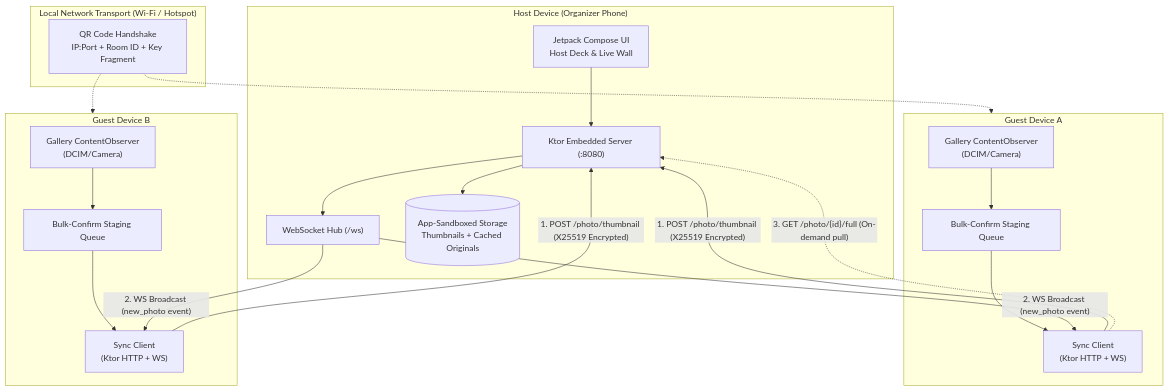
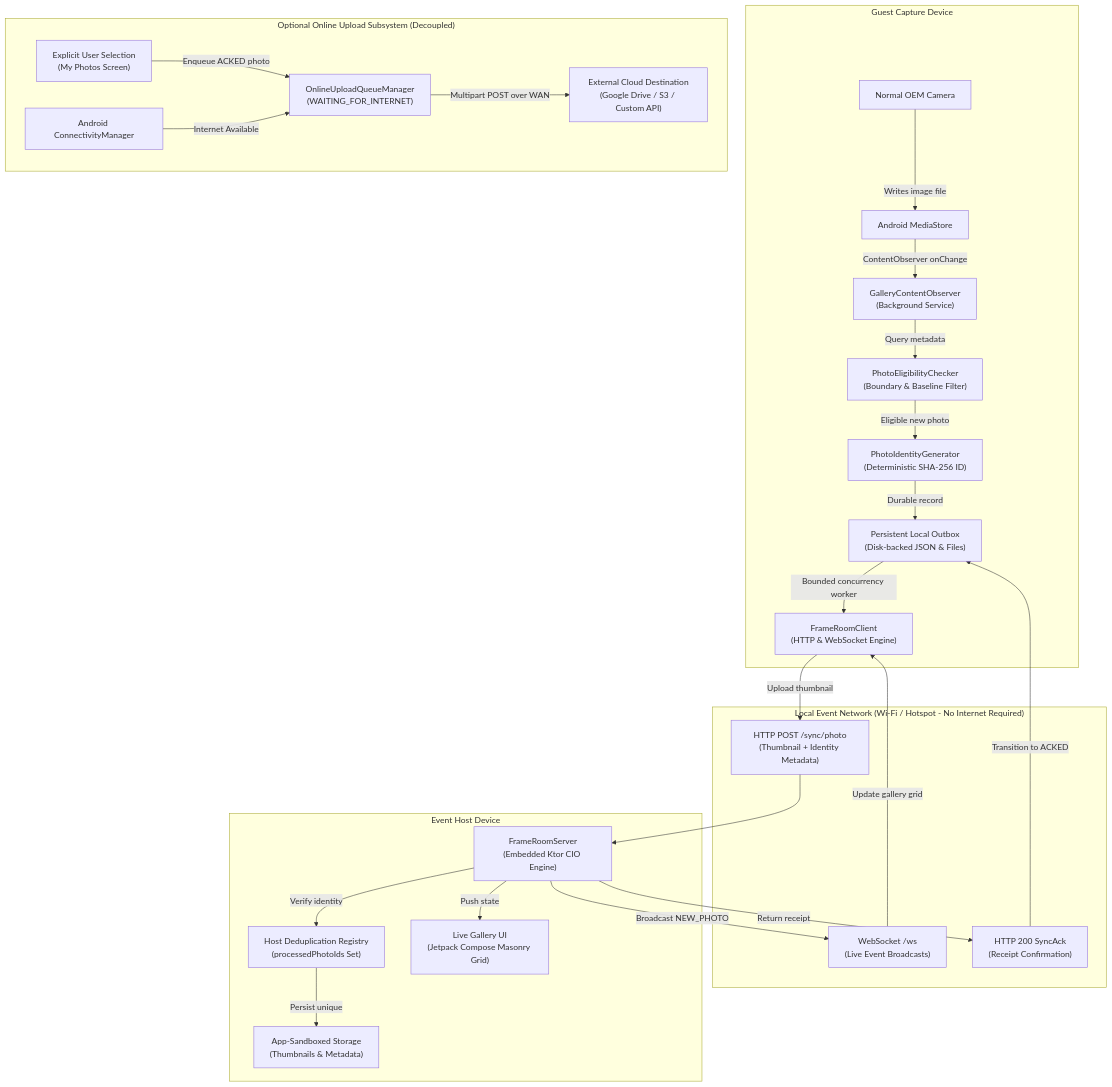
One commit to gintama1018/SANGAM changed the first of 6 diagrams in README.md. Above: the diagram before and after it, drawn with Mermaid. The commit also changed other lines of this file, not shown here.

Commit message:
docs: update README.md with production-grade technical specification and architecture diagrams

````diff
--- a/README.md
+++ b/README.md
@@ -77,38 +123,54 @@
 ```mermaid
-graph TD
-    subgraph HostDevice ["Host Device (Organizer Phone)"]
-        HS["Ktor Embedded Server (:8080)"]
-        HWS["WebSocket Hub (/ws)"]
-        HDB[("App-Sandboxed Storage<br/>Thumbnails + Cached Originals")]
-        HUI["Jetpack Compose UI<br/>Host Deck & Live Wall"]
-        HS --> HDB
-        HS --> HWS
-        HUI --> HS
+flowchart TD
+    subgraph CaptureDevice ["Guest Capture Device"]
+        Camera["Normal OEM Camera"]
+        MediaStore["Android MediaStore"]
+        Observer["GalleryContentObserver<br/>(Background Service)"]
+        Boundary["PhotoEligibilityChecker<br/>(Boundary & Baseline Filter)"]
+        Identity["PhotoIdentityGenerator<br/>(Deterministic SHA-256 ID)"]
+        Outbox["Persistent Local Outbox<br/>(Disk-backed JSON & Files)"]
+        KtorClient["FrameRoomClient<br/>(HTTP & WebSocket Engine)"]
+
+        Camera -->|Writes image file| MediaStore
+        MediaStore -->|ContentObserver onChange| Observer
+        Observer -->|Query metadata| Boundary
+        Boundary -->|Eligible new photo| Identity
+        Identity -->|Durable record| Outbox
+        Outbox -->|Bounded concurrency worker| KtorClient
     end
 
-    subgraph GuestA ["Guest Device A"]
-        GWA["Gallery ContentObserver<br/>(DCIM/Camera)"]
-        BCA["Bulk-Confirm Staging Queue"]
-        CCA["Sync Client<br/>(Ktor HTTP + WS)"]
-        GWA --> BCA --> CCA
+    subgraph LocalTransport ["Local Event Network (Wi-Fi / Hotspot - No Internet Required)"]
+        LAN_POST["HTTP POST /sync/photo<br/>(Thumbnail + Identity Metadata)"]
+        LAN_WS["WebSocket /ws<br/>(Live Event Broadcasts)"]
+        LAN_ACK["HTTP 200 SyncAck<br/>(Receipt Confirmation)"]
     end
 
-    subgraph GuestB ["Guest Device B"]
-        GWB["Gallery ContentObserver<br/>(DCIM/Camera)"]
-        BCB["Bulk-Confirm Staging Queue"]
-        CCB["Sync Client<br/>(Ktor HTTP + WS)"]
-        GWB --> BCB --> CCB
+    subgraph HostDevice ["Event Host Device"]
+        Server["FrameRoomServer<br/>(Embedded Ktor CIO Engine)"]
+        Dedup["Host Deduplication Registry<br/>(processedPhotoIds Set)"]
+        DiskStorage["App-Sandboxed Storage<br/>(Thumbnails & Metadata)"]
+        LiveGallery["Live Gallery UI<br/>(Jetpack Compose Masonry Grid)"]
+
+        Server -->|Verify identity| Dedup
+        Dedup -->|Persist unique| DiskStorage
+        Server -->|Push state| LiveGallery
     end
 
-    subgraph LAN ["Local Network Transport (Wi-Fi / Hotspot)"]
-        QR["QR Code Handshake<br/>IP:Port + Room ID + Key Fragment"]
+    KtorClient -->|Upload thumbnail| LAN_POST
+    LAN_POST --> Server
+    Server -->|Return receipt| LAN_ACK
+    LAN_ACK -->|Transition to ACKED| Outbox
+    Server -->|Broadcast NEW_PHOTO| LAN_WS
+    LAN_WS -->|Update gallery grid| KtorClient
+
+    subgraph OnlineSubsystem ["Optional Online Upload Subsystem (Decoupled)"]
+        UserAction["Explicit User Selection<br/>(My Photos Screen)"]
+        OnlineQueue["OnlineUploadQueueManager<br/>(WAITING_FOR_INTERNET)"]
+        NetMonitor["Android ConnectivityManager"]
+        CloudStorage["External Cloud Destination<br/>(Google Drive / S3 / Custom API)"]
+
+        UserAction -->|Enqueue ACKED photo| OnlineQueue
+        NetMonitor -->|Internet Available| OnlineQueue
+        OnlineQueue -->|Multipart POST over WAN| CloudStorage
     end
-
-    QR -.-> GuestA
-    QR -.-> GuestB
-    CCA -- "1. POST /photo/thumbnail (X25519 Encrypted)" --> HS
-    CCB -- "1. POST /photo/thumbnail (X25519 Encrypted)" --> HS
-    HWS -- "2. WS Broadcast (new_photo event)" --> CCA
-    HWS -- "2. WS Broadcast (new_photo event)" --> CCB
-    CCA -. "3. GET /photo/{id}/full (On-demand pull)" .-> HS
 ```
````
